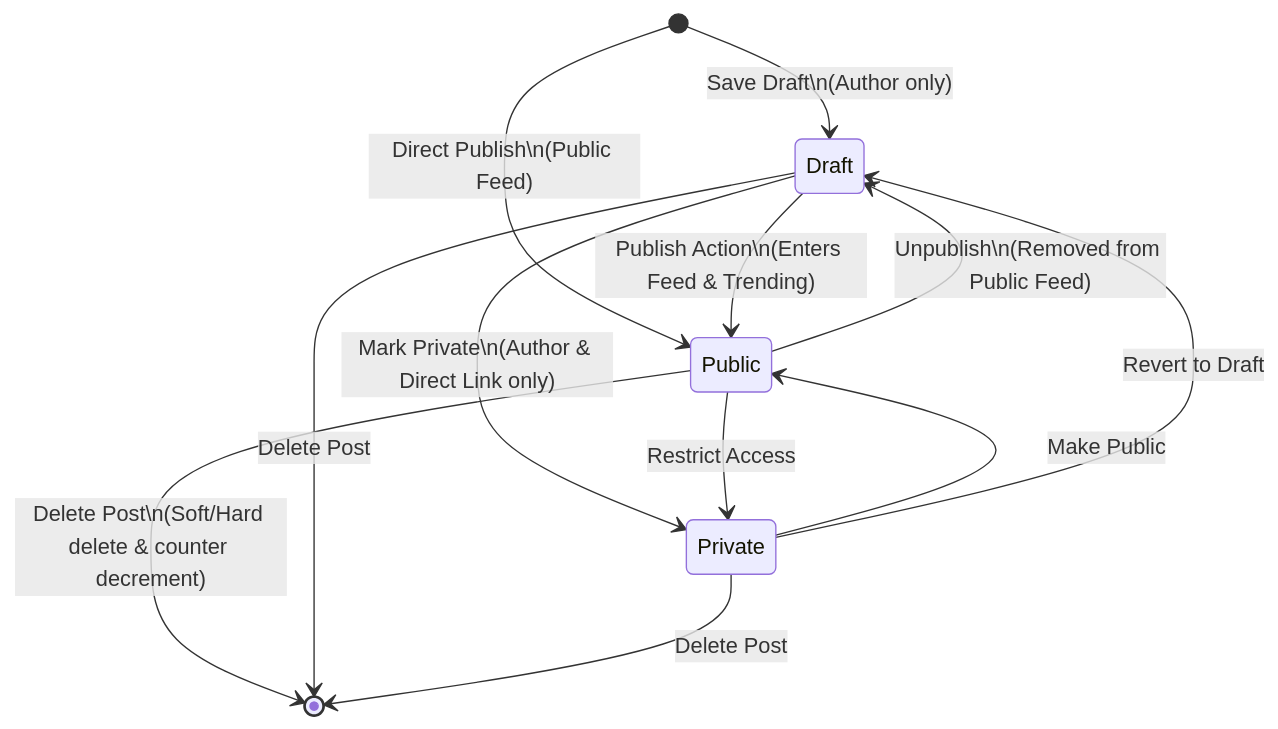
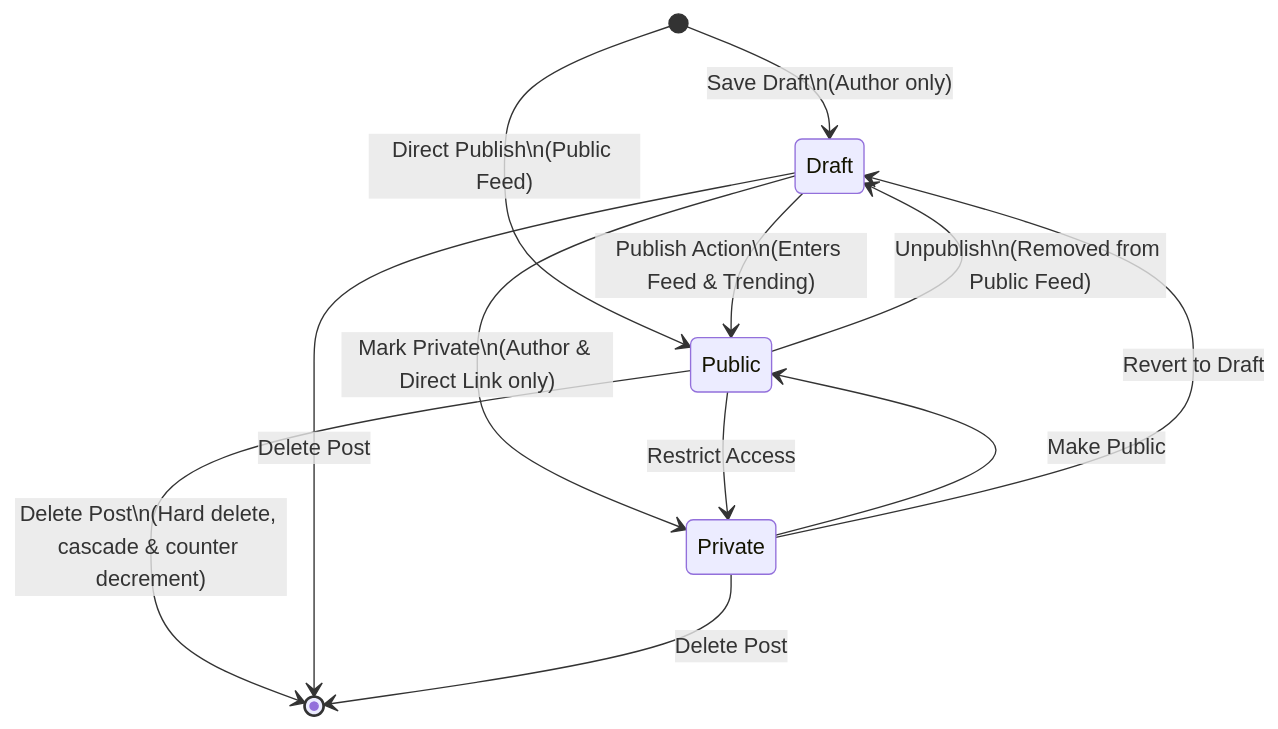
One commit to Purvesh-PJ/bloghub changed the fourth of 5 diagrams in docs/product/user-flows.md. Above: the diagram before and after it, drawn with Mermaid. The commit also changed other lines of this file and 24 other files, not shown here.

````diff
--- a/docs/product/user-flows.md
+++ b/docs/product/user-flows.md
@@ -239,18 +242,18 @@
 ```mermaid
 stateDiagram-v2
     [*] --> Draft: Save Draft\n(Author only)
     [*] --> Public: Direct Publish\n(Public Feed)
 
     Draft --> Public: Publish Action\n(Enters Feed & Trending)
     Draft --> Private: Mark Private\n(Author & Direct Link only)
 
     Public --> Draft: Unpublish\n(Removed from Public Feed)
     Public --> Private: Restrict Access
 
     Private --> Public: Make Public
     Private --> Draft: Revert to Draft
 
-    Public --> [*]: Delete Post\n(Soft/Hard delete & counter decrement)
+    Public --> [*]: Delete Post\n(Hard delete, cascade & counter decrement)
     Draft --> [*]: Delete Post
     Private --> [*]: Delete Post
 ```
````
